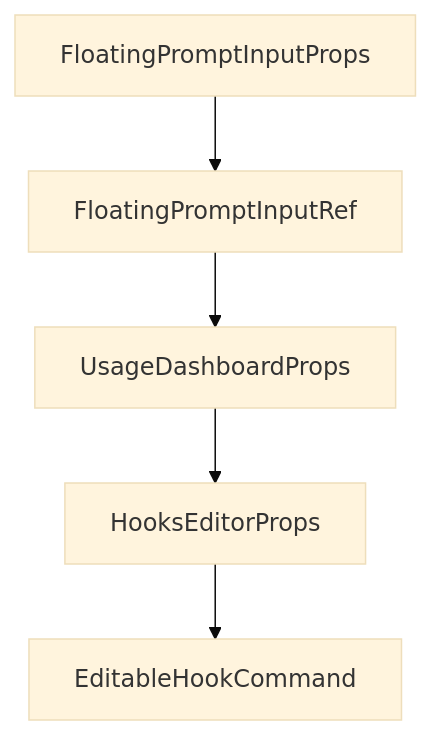
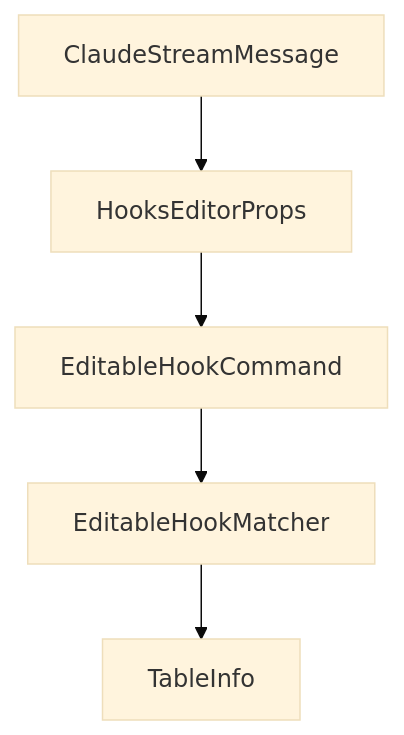
One commit to johnxie/awesome-code-docs changed the diagram in tutorials/opcode-tutorial/03-projects-and-session-management.md. Above: the diagram before and after it, drawn with Mermaid (base theme). The commit also changed other lines of this file and 1232 other files, not shown here.

````diff
--- a/tutorials/opcode-tutorial/03-projects-and-session-management.md
+++ b/tutorials/opcode-tutorial/03-projects-and-session-management.md
@@ -217,12 +215,12 @@
 ```mermaid
 flowchart TD
-    A[FloatingPromptInputProps]
-    B[FloatingPromptInputRef]
-    C[UsageDashboardProps]
-    D[HooksEditorProps]
-    E[EditableHookCommand]
+    A[ClaudeStreamMessage]
+    B[HooksEditorProps]
+    C[EditableHookCommand]
+    D[EditableHookMatcher]
+    E[TableInfo]
     A --> B
     B --> C
     C --> D
     D --> E
 ```
````
